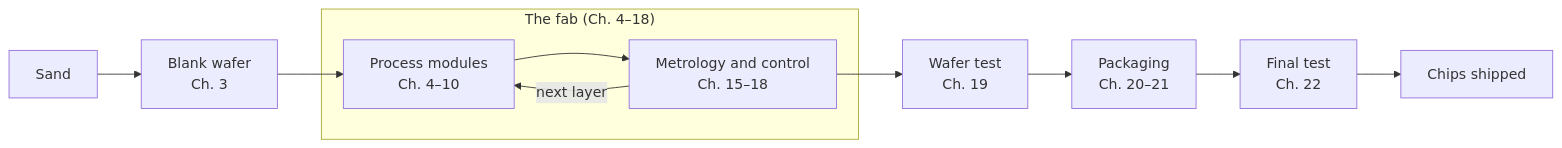
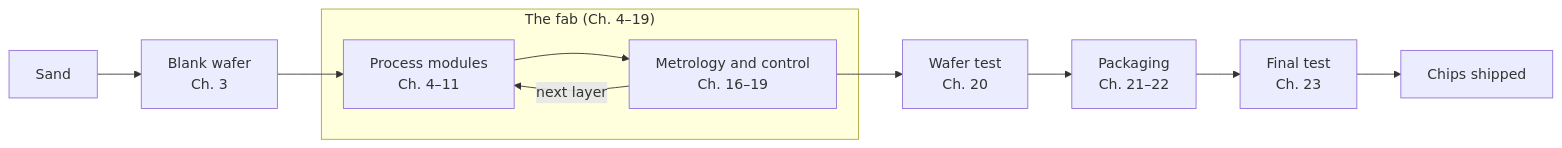
The diagram in en/README.md (chenwei810/Semiconductor_Manufacturing_Introduction), drawn with Mermaid before and after one commit. The commit also changed other lines of this file and 180 other files, not shown here.

````diff
--- a/en/README.md
+++ b/en/README.md
@@ -59,13 +59,13 @@
 ```mermaid
 flowchart LR
     S["Sand"] --> W["Blank wafer<br>Ch. 3"]
-    subgraph FAB["The fab (Ch. 4–18)"]
-        M["Process modules<br>Ch. 4–10"] --> Q["Metrology and control<br>Ch. 15–18"]
+    subgraph FAB["The fab (Ch. 4–19)"]
+        M["Process modules<br>Ch. 4–11"] --> Q["Metrology and control<br>Ch. 16–19"]
         Q -- "next layer" --> M
     end
     W --> M
-    Q --> T["Wafer test<br>Ch. 19"]
-    T --> P["Packaging<br>Ch. 20–21"]
-    P --> F["Final test<br>Ch. 22"]
+    Q --> T["Wafer test<br>Ch. 20"]
+    T --> P["Packaging<br>Ch. 21–22"]
+    P --> F["Final test<br>Ch. 23"]
     F --> C["Chips shipped"]
 ```
````
